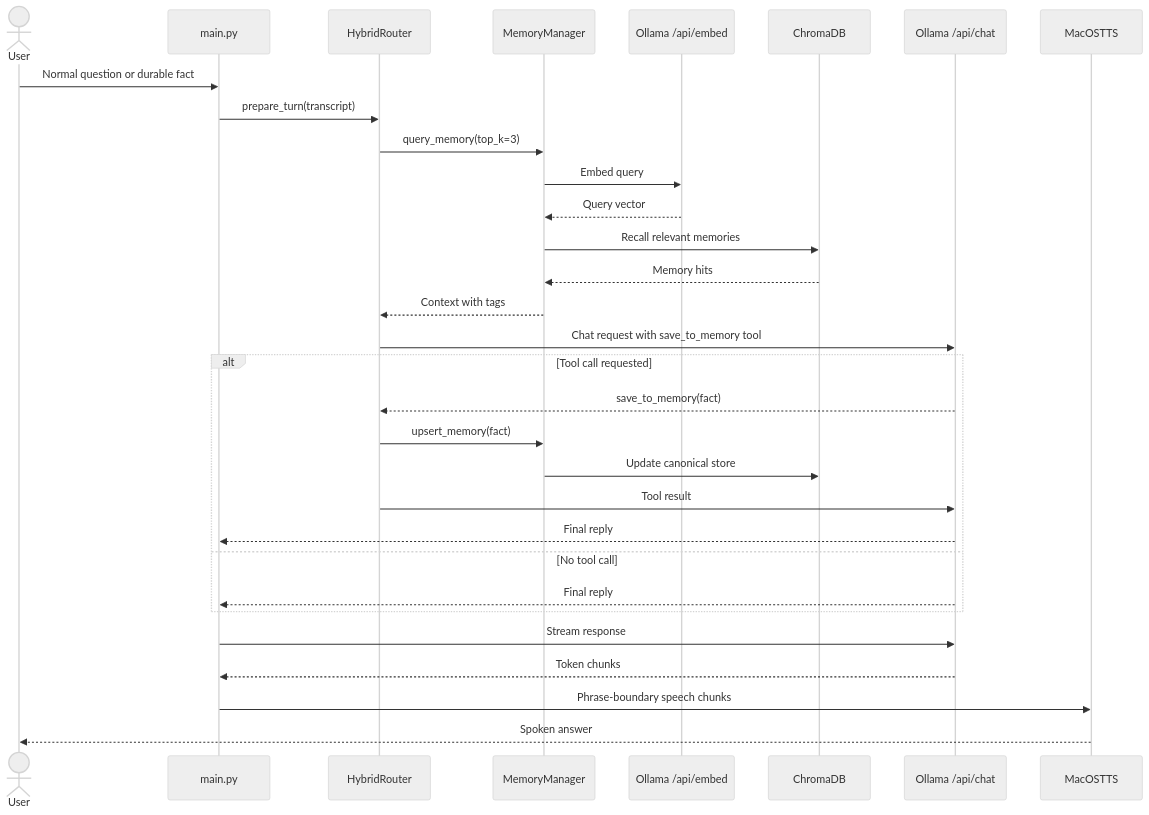
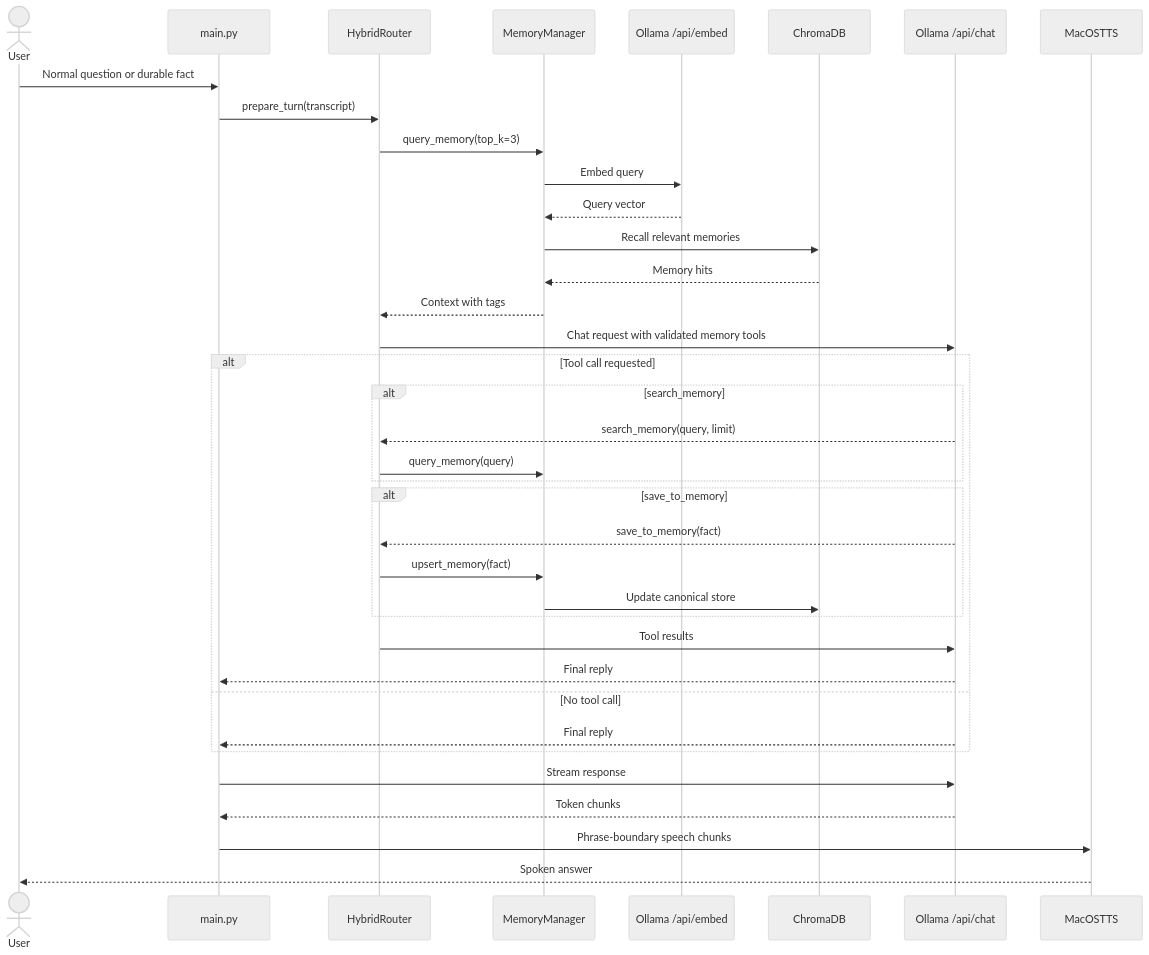
Before and after one commit to MAlkabbani/lulu: the second of 3 diagrams in README.md, drawn with Mermaid (neutral theme). The commit also changed other lines of this file and 9 other files, not shown here.

First line of the commit message:
feat(router): Add bounded multi-tool memory flow

````diff
--- a/README.md
+++ b/README.md
@@ -160,34 +160,40 @@
 ```mermaid
 sequenceDiagram
     actor User
     participant Main as main.py
     participant Router as HybridRouter
     participant Memory as MemoryManager
     participant Embed as Ollama /api/embed
     participant Vault as ChromaDB
     participant Chat as Ollama /api/chat
     participant TTS as MacOSTTS
 
     User->>Main: Normal question or durable fact
     Main->>Router: prepare_turn(transcript)
     Router->>Memory: query_memory(top_k=3)
     Memory->>Embed: Embed query
     Embed-->>Memory: Query vector
     Memory->>Vault: Recall relevant memories
     Vault-->>Memory: Memory hits
     Memory-->>Router: Context with tags
-    Router->>Chat: Chat request with save_to_memory tool
+    Router->>Chat: Chat request with validated memory tools
     alt Tool call requested
-        Chat-->>Router: save_to_memory(fact)
-        Router->>Memory: upsert_memory(fact)
-        Memory->>Vault: Update canonical store
-        Router->>Chat: Tool result
+        alt search_memory
+            Chat-->>Router: search_memory(query, limit)
+            Router->>Memory: query_memory(query)
+        end
+        alt save_to_memory
+            Chat-->>Router: save_to_memory(fact)
+            Router->>Memory: upsert_memory(fact)
+            Memory->>Vault: Update canonical store
+        end
+        Router->>Chat: Tool results
         Chat-->>Main: Final reply
     else No tool call
         Chat-->>Main: Final reply
     end
     Main->>Chat: Stream response
     Chat-->>Main: Token chunks
     Main->>TTS: Phrase-boundary speech chunks
     TTS-->>User: Spoken answer
 ```
````
